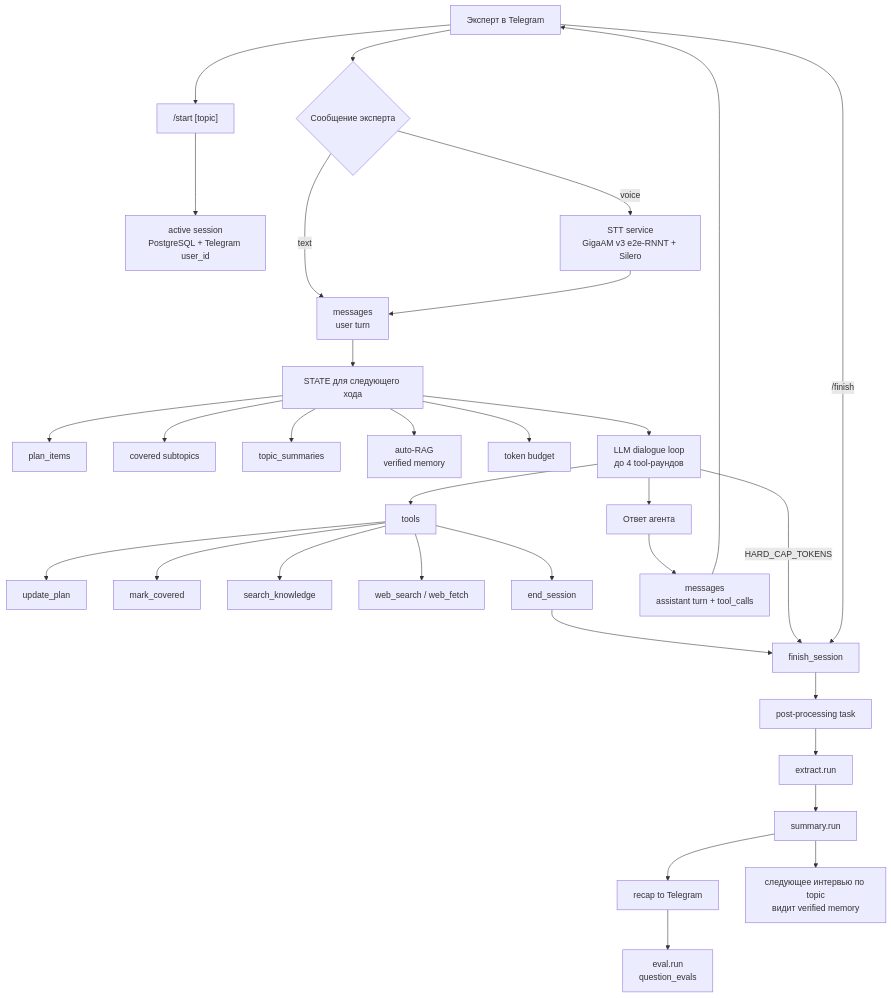
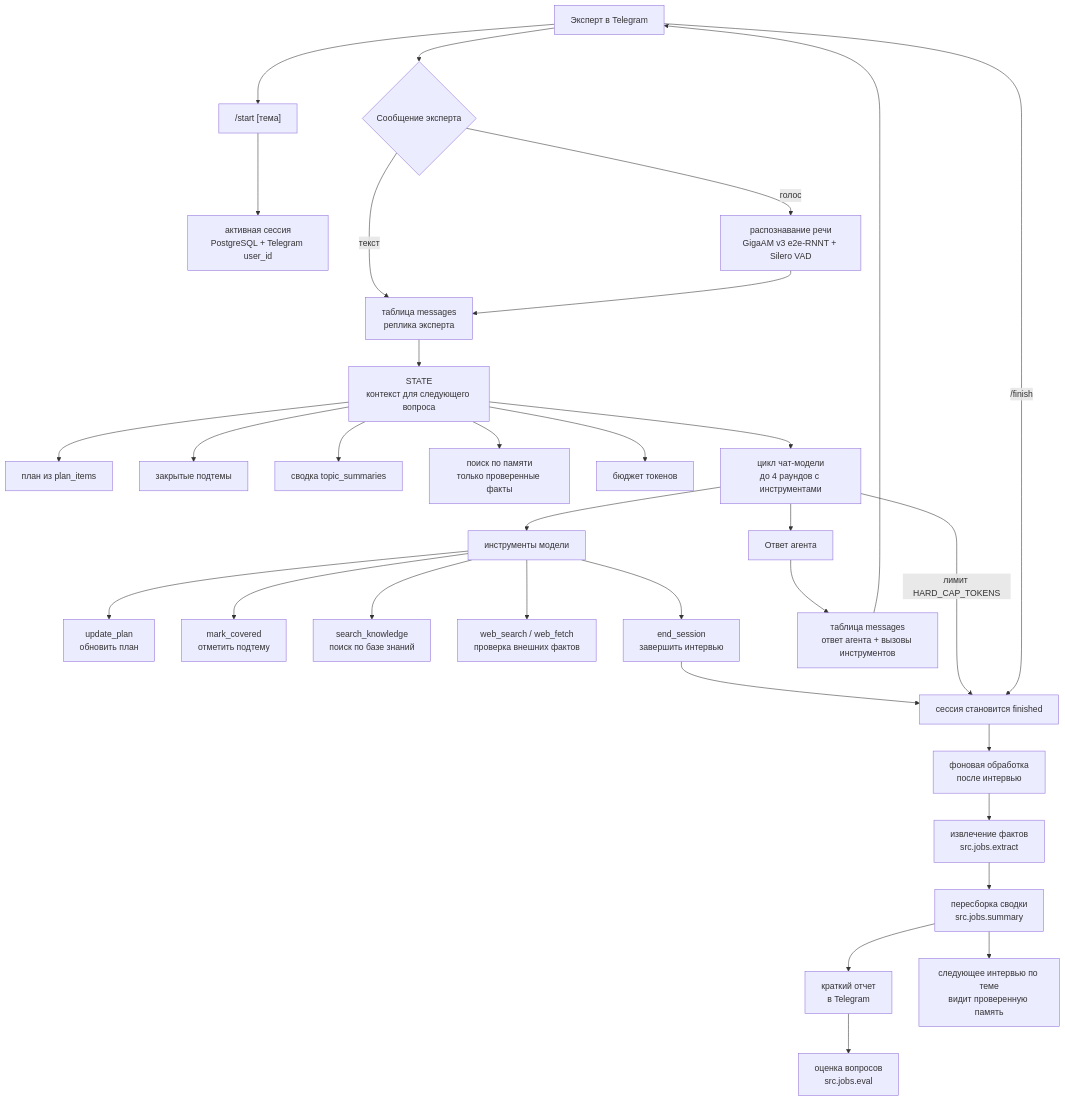
One commit to ovosh2281337/SverhAgent changed the first of 2 diagrams in README.md. Above: the diagram before and after it, drawn with Mermaid. The commit also changed other lines of this file, not shown here.

````diff
--- a/README.md
+++ b/README.md
@@ -19,38 +19,38 @@
 ```mermaid
 flowchart TD
-    A["Эксперт в Telegram"] --> B["/start [topic]"]
-    B --> C["active session<br/>PostgreSQL + Telegram user_id"]
+    A["Эксперт в Telegram"] --> B["/start [тема]"]
+    B --> C["активная сессия<br/>PostgreSQL + Telegram user_id"]
     A --> D{"Сообщение эксперта"}
-    D -->|text| E["messages<br/>user turn"]
-    D -->|voice| V["STT service<br/>GigaAM v3 e2e-RNNT + Silero"]
+    D -->|текст| E["таблица messages<br/>реплика эксперта"]
+    D -->|голос| V["распознавание речи<br/>GigaAM v3 e2e-RNNT + Silero VAD"]
     V --> E
-    E --> F["STATE для следующего хода"]
+    E --> F["STATE<br/>контекст для следующего вопроса"]
 
-    F --> F1["plan_items"]
-    F --> F2["covered subtopics"]
-    F --> F3["topic_summaries"]
-    F --> F4["auto-RAG<br/>verified memory"]
-    F --> F5["token budget"]
+    F --> F1["план из plan_items"]
+    F --> F2["закрытые подтемы"]
+    F --> F3["сводка topic_summaries"]
+    F --> F4["поиск по памяти<br/>только проверенные факты"]
+    F --> F5["бюджет токенов"]
 
-    F --> G["LLM dialogue loop<br/>до 4 tool-раундов"]
-    G --> H["tools"]
-    H --> H1["update_plan"]
-    H --> H2["mark_covered"]
-    H --> H3["search_knowledge"]
-    H --> H4["web_search / web_fetch"]
-    H --> H5["end_session"]
+    F --> G["цикл чат-модели<br/>до 4 раундов с инструментами"]
+    G --> H["инструменты модели"]
+    H --> H1["update_plan<br/>обновить план"]
+    H --> H2["mark_covered<br/>отметить подтему"]
+    H --> H3["search_knowledge<br/>поиск по базе знаний"]
+    H --> H4["web_search / web_fetch<br/>проверка внешних фактов"]
+    H --> H5["end_session<br/>завершить интервью"]
 
     G --> I["Ответ агента"]
-    I --> I1["messages<br/>assistant turn + tool_calls"]
+    I --> I1["таблица messages<br/>ответ агента + вызовы инструментов"]
     I1 --> A
 
-    H5 --> J["finish_session"]
-    G -->|HARD_CAP_TOKENS| J
+    H5 --> J["сессия становится finished"]
+    G -->|лимит HARD_CAP_TOKENS| J
     A -->|/finish| J
-    J --> K["post-processing task"]
-    K --> L["extract.run"]
-    L --> M["summary.run"]
-    M --> N["recap to Telegram"]
-    N --> O["eval.run<br/>question_evals"]
-    M --> P["следующее интервью по topic<br/>видит verified memory"]
+    J --> K["фоновая обработка<br/>после интервью"]
+    K --> L["извлечение фактов<br/>src.jobs.extract"]
+    L --> M["пересборка сводки<br/>src.jobs.summary"]
+    M --> N["краткий отчет<br/>в Telegram"]
+    N --> O["оценка вопросов<br/>src.jobs.eval"]
+    M --> P["следующее интервью по теме<br/>видит проверенную память"]
 ```
````
